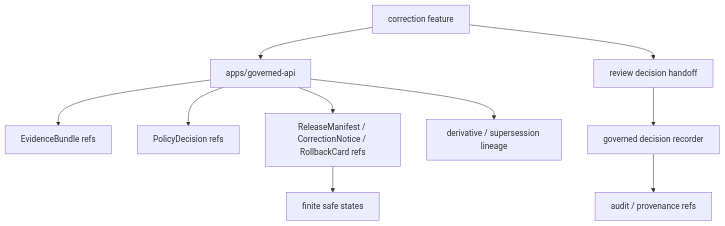
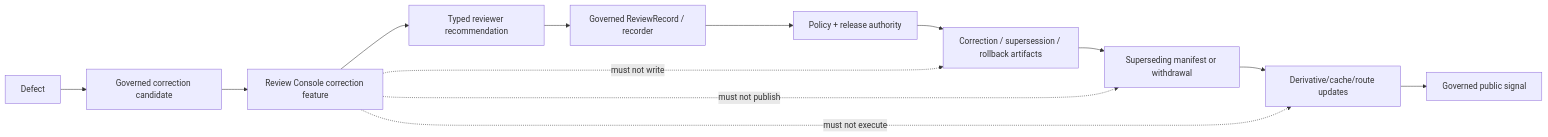
One commit to bartytime4life/Kansas-Frontier-Matrix changed the diagram in apps/review-console/src/features/correction/README.md. Above: the diagram before and after it, drawn with Mermaid. The commit also changed other lines of this file, not shown here.

Commit message:
docs(review-console): ground correction feature README

````diff
--- a/apps/review-console/src/features/correction/README.md
+++ b/apps/review-console/src/features/correction/README.md
@@ -189,12 +187,16 @@
 ```mermaid
-flowchart TD
-    feature["correction feature"] --> api["apps/governed-api"]
-    api --> evidence["EvidenceBundle refs"]
-    api --> policy["PolicyDecision refs"]
-    api --> release["ReleaseManifest / CorrectionNotice / RollbackCard refs"]
-    api --> lineage["derivative / supersession lineage"]
-    feature --> decision["review decision handoff"]
-    decision --> recorder["governed decision recorder"]
-    recorder --> audit["audit / provenance refs"]
-    release --> safe["finite safe states"]
+flowchart LR
+    D["Defect"] --> C["Governed correction candidate"]
+    C --> F["Review Console correction feature"]
+    F --> H["Typed reviewer recommendation"]
+    H --> R["Governed ReviewRecord / recorder"]
+    R --> P["Policy + release authority"]
+    P --> N["Correction / supersession / rollback artifacts"]
+    N --> M["Superseding manifest or withdrawal"]
+    M --> I["Derivative/cache/route updates"]
+    I --> U["Governed public signal"]
+
+    F -. "must not write" .-> N
+    F -. "must not publish" .-> M
+    F -. "must not execute" .-> I
 ```
````
